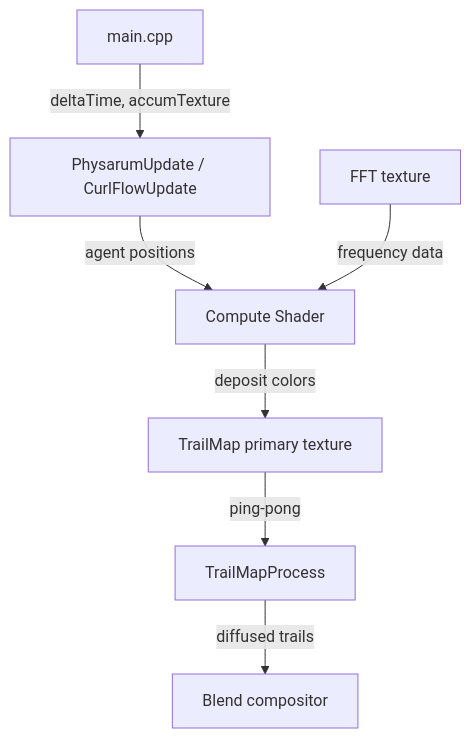
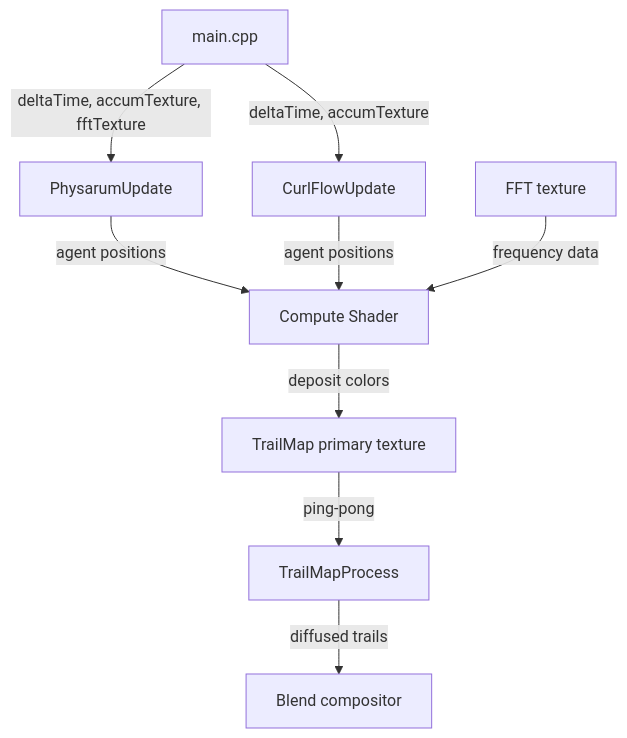
One commit to EvanLavender13/audio-jones changed the diagram in docs/modules/simulation.md. Above: the diagram before and after it, drawn with Mermaid. The commit also changed 5 other files, not shown here.

First line of the commit message:
Update demo video and sync architecture docs for infinite zoom

````diff
--- a/docs/modules/simulation.md
+++ b/docs/modules/simulation.md
@@ -14,9 +14,11 @@
 ```mermaid
 graph TD
-    A[main.cpp] -->|deltaTime, accumTexture| B[PhysarumUpdate / CurlFlowUpdate]
-    B -->|agent positions| C[Compute Shader]
-    C -->|deposit colors| D[TrailMap primary texture]
-    D -->|ping-pong| E[TrailMapProcess]
-    E -->|diffused trails| F[Blend compositor]
-    G[FFT texture] -->|frequency data| C
+    A[main.cpp] -->|deltaTime, accumTexture, fftTexture| B[PhysarumUpdate]
+    A -->|deltaTime, accumTexture| C[CurlFlowUpdate]
+    B -->|agent positions| D[Compute Shader]
+    C -->|agent positions| D
+    D -->|deposit colors| E[TrailMap primary texture]
+    E -->|ping-pong| F[TrailMapProcess]
+    F -->|diffused trails| G[Blend compositor]
+    H[FFT texture] -->|frequency data| D
 ```
````
